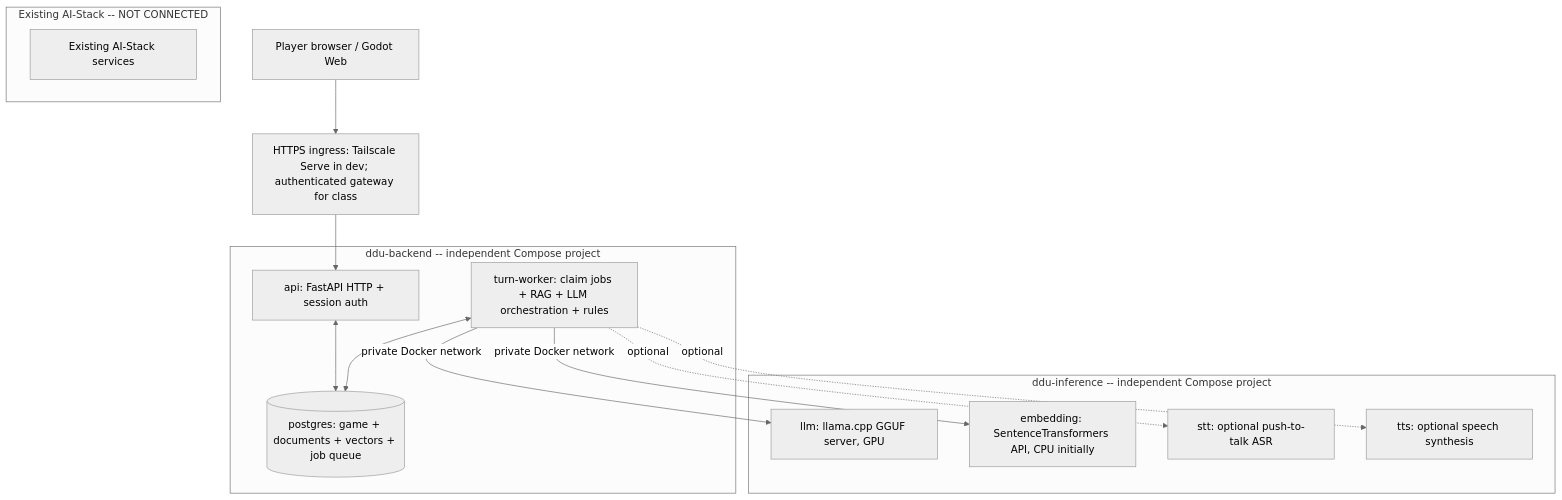
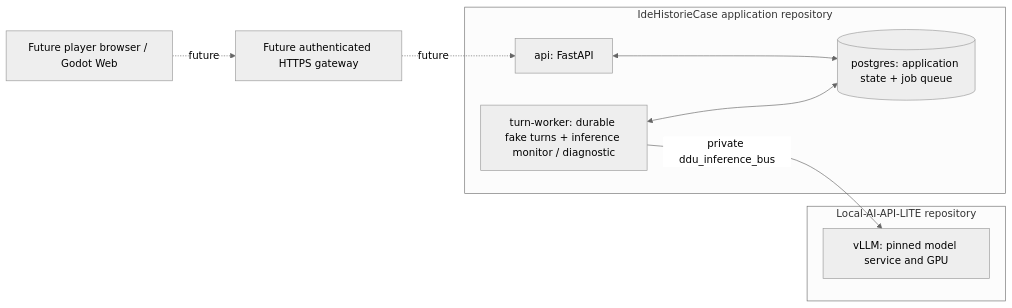
Before and after one commit to MarcusFunt/IdeHistorieCase: the diagram in IMPLEMENTATION_PLAN.md, drawn with Mermaid (neutral theme). The commit also changed other lines of this file and 12 other files, not shown here.

Commit message:
refactor: remove local inference deployment ownership

````diff
--- a/IMPLEMENTATION_PLAN.md
+++ b/IMPLEMENTATION_PLAN.md
@@ -37,26 +34,18 @@
 ```mermaid
-flowchart TB
-  Player[Player browser / Godot Web]
-  Gateway[HTTPS ingress: Tailscale Serve in dev; authenticated gateway for class]
-  subgraph B[ddu-backend -- independent Compose project]
-    API[api: FastAPI HTTP + session auth]
-    Worker[turn-worker: claim jobs + RAG + LLM orchestration + rules]
-    DB[(postgres: game + documents + vectors + job queue)]
+flowchart LR
+  Player[Future player browser / Godot Web]
+  Gateway[Future authenticated HTTPS gateway]
+  subgraph A[IdeHistorieCase application repository]
+    API[api: FastAPI]
+    Worker[turn-worker: durable fake turns + inference monitor / diagnostic]
+    DB[(postgres: application state + job queue)]
     API <--> DB
     Worker <--> DB
   end
-  subgraph I[ddu-inference -- independent Compose project]
-    LLM[llm: llama.cpp GGUF server, GPU]
-    EMB[embedding: SentenceTransformers API, CPU initially]
-    STT[stt: optional push-to-talk ASR]
-    TTS[tts: optional speech synthesis]
+  subgraph I[Local-AI-API-LITE repository]
+    LLM[vLLM: pinned model service and GPU]
   end
-  subgraph A[Existing AI-Stack -- NOT CONNECTED]
-    Legacy[Existing AI-Stack services]
-  end
-  Player --> Gateway --> API
-  Worker -->|private Docker network| LLM
-  Worker -->|private Docker network| EMB
-  Worker -.optional.-> STT
-  Worker -.optional.-> TTS
+  Player -. future .-> Gateway
+  Gateway -. future .-> API
+  Worker -->|private ddu_inference_bus| LLM
 ```
````
